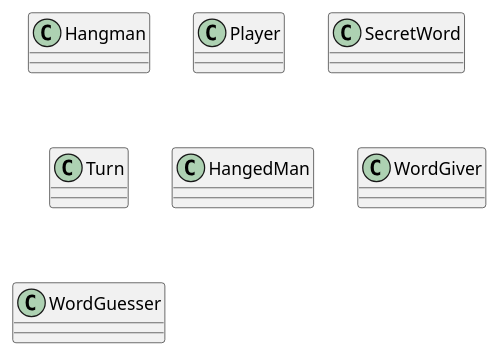
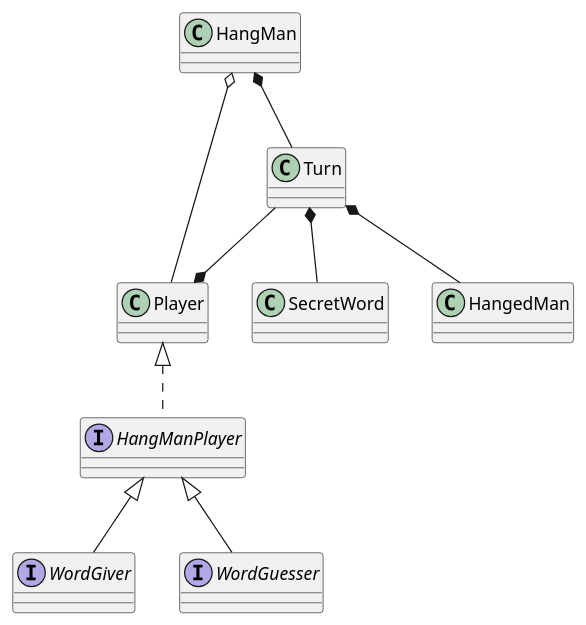
The diagram in docs/ClassDiagramHangman.wsd (jesus-a-barrera/ExcerciseGames-ItFundamentals), drawn with PlantUML before and after one commit.

Commit message:
Se agregaron las relaciones del diagrama

```diff
--- a/docs/ClassDiagramHangman.wsd
+++ b/docs/ClassDiagramHangman.wsd
@@ -1,13 +1,23 @@
 @startuml
 
-class Hangman
+class HangMan
 class Player
 class SecretWord
 class Turn
 class HangedMan
 
-class WordGiver
-class WordGuesser
+interface WordGiver
+interface WordGuesser
+interface HangManPlayer
 
+HangMan o-- Player
+HangMan *--Turn
+Turn*-- SecretWord
+Turn*-- HangedMan
+
+Player <|..HangManPlayer
+HangManPlayer<|-- WordGuesser
+HangManPlayer<|-- WordGiver
+Turn --* Player
 
 @enduml
```
